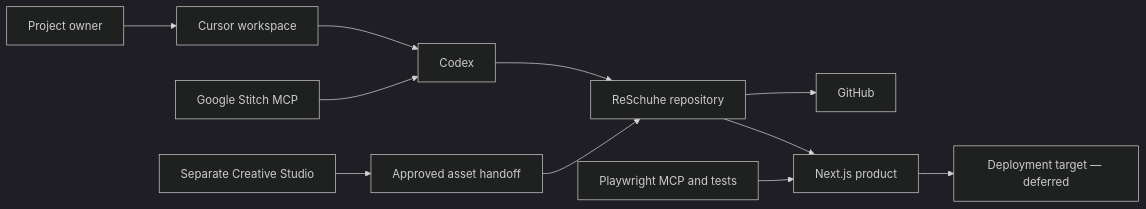
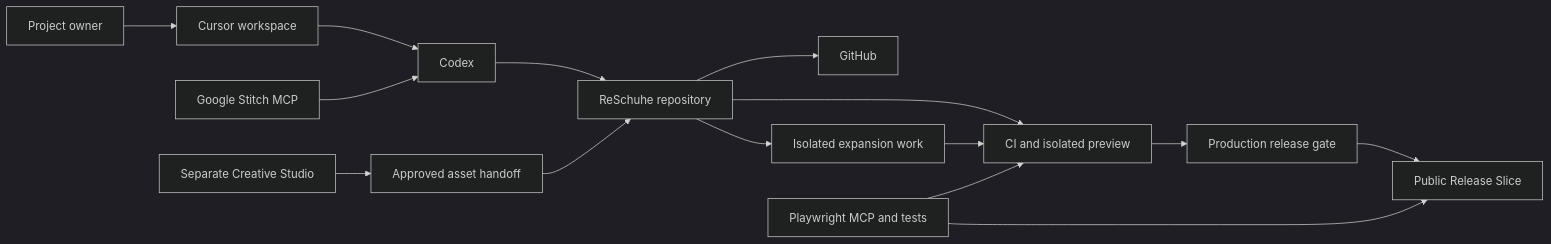
Before and after one commit to andrii-makukha/ReSchuhe: the diagram in docs/architecture/ARCHITECTURE.md, drawn with Mermaid (dark theme). The commit also changed other lines of this file and 16 other files, not shown here.

Commit message:
docs: adopt progressive public release strategy

````diff
--- a/docs/architecture/ARCHITECTURE.md
+++ b/docs/architecture/ARCHITECTURE.md
@@ -7,13 +7,17 @@
 ```mermaid
 flowchart LR
     Owner["Project owner"] --> IDE["Cursor workspace"]
     IDE --> Agent["Codex"]
     Stitch["Google Stitch MCP"] --> Agent
     Agent --> Repo["ReSchuhe repository"]
     Studio["Separate Creative Studio"] --> Approval["Approved asset handoff"]
     Approval --> Repo
     Repo --> GitHub["GitHub"]
-    Repo --> App["Next.js product"]
-    Playwright["Playwright MCP and tests"] --> App
-    App --> Deployment["Deployment target — deferred"]
+    Repo --> Preview["CI and isolated preview"]
+    Preview --> Gate["Production release gate"]
+    Gate --> Public["Public Release Slice"]
+    Repo --> Expansion["Isolated expansion work"]
+    Expansion --> Preview
+    Playwright["Playwright MCP and tests"] --> Preview
+    Playwright --> Public
 ```
````
